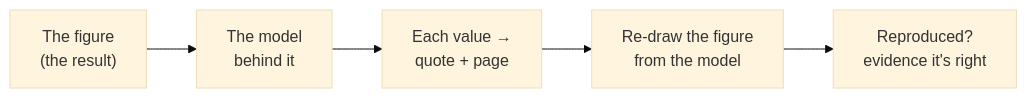
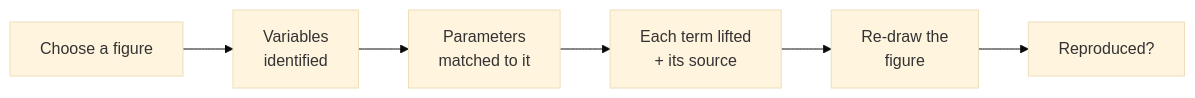
Before and after one commit to Lizo-RoadTown/sde-extraction: the diagram in apps/docs/src/content/docs/start/reproduce.md, drawn with Mermaid (base theme). The commit also changed other lines of this file, not shown here.

````diff
--- a/apps/docs/src/content/docs/start/reproduce.md
+++ b/apps/docs/src/content/docs/start/reproduce.md
@@ -15,7 +11,8 @@
 ```mermaid
 flowchart LR
-  A["The figure<br/>(the result)"] --> B["The model<br/>behind it"]
-  B --> C["Each value →<br/>quote + page"]
-  C --> D["Re-draw the figure<br/>from the model"]
-  D --> E["Reproduced?<br/>evidence it's right"]
+  A["Choose a figure"] --> B["Variables<br/>identified"]
+  B --> C["Parameters<br/>matched to it"]
+  C --> D["Each term lifted<br/>+ its source"]
+  D --> E["Re-draw the<br/>figure"]
+  E --> F["Reproduced?"]
 ```
````
